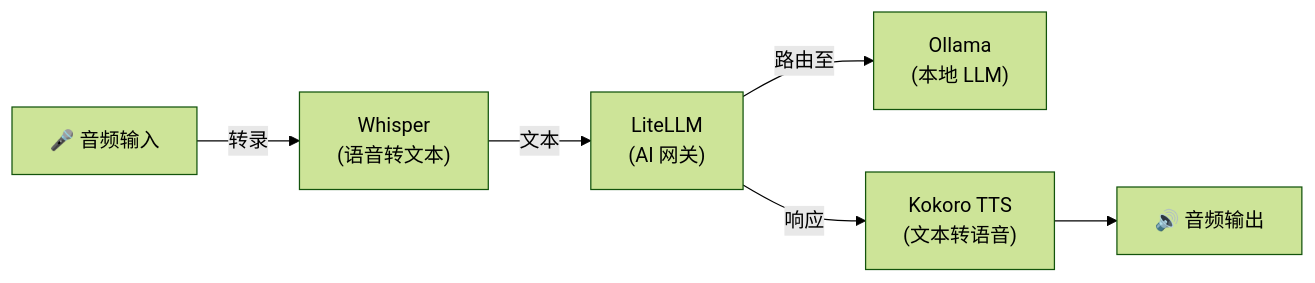
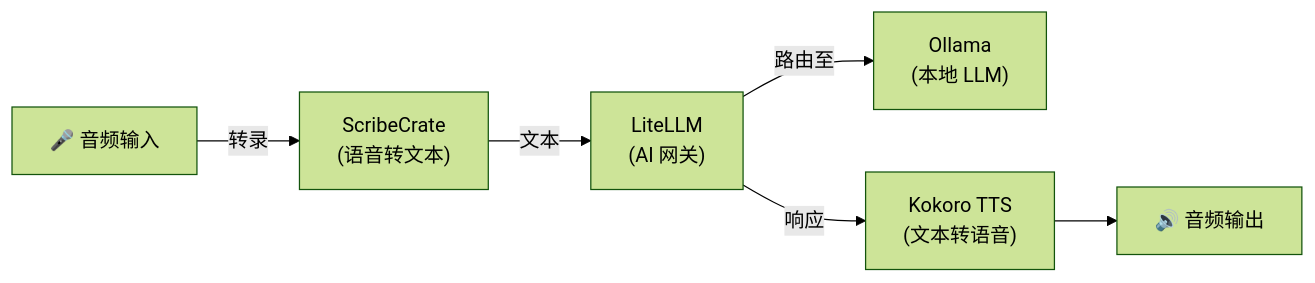
Before and after one commit to hwdsl2/self-hosted-ai-stack: the diagram in stacks/voice-pipeline/README-zh.md, drawn with Mermaid (forest theme). The commit also changed other lines of this file and 19 other files, not shown here.

````diff
--- a/stacks/voice-pipeline/README-zh.md
+++ b/stacks/voice-pipeline/README-zh.md
@@ -17,8 +17,8 @@
 ```mermaid
 graph LR
-    A["🎤 音频输入"] -->|转录| W["Whisper<br/>(语音转文本)"]
+    A["🎤 音频输入"] -->|转录| W["ScribeCrate<br/>(语音转文本)"]
     W -->|文本| L["LiteLLM<br/>(AI 网关)"]
     L -->|路由至| O["Ollama<br/>(本地 LLM)"]
     L -->|响应| T["Kokoro TTS<br/>(文本转语音)"]
     T --> B["🔊 音频输出"]
 ```
````
